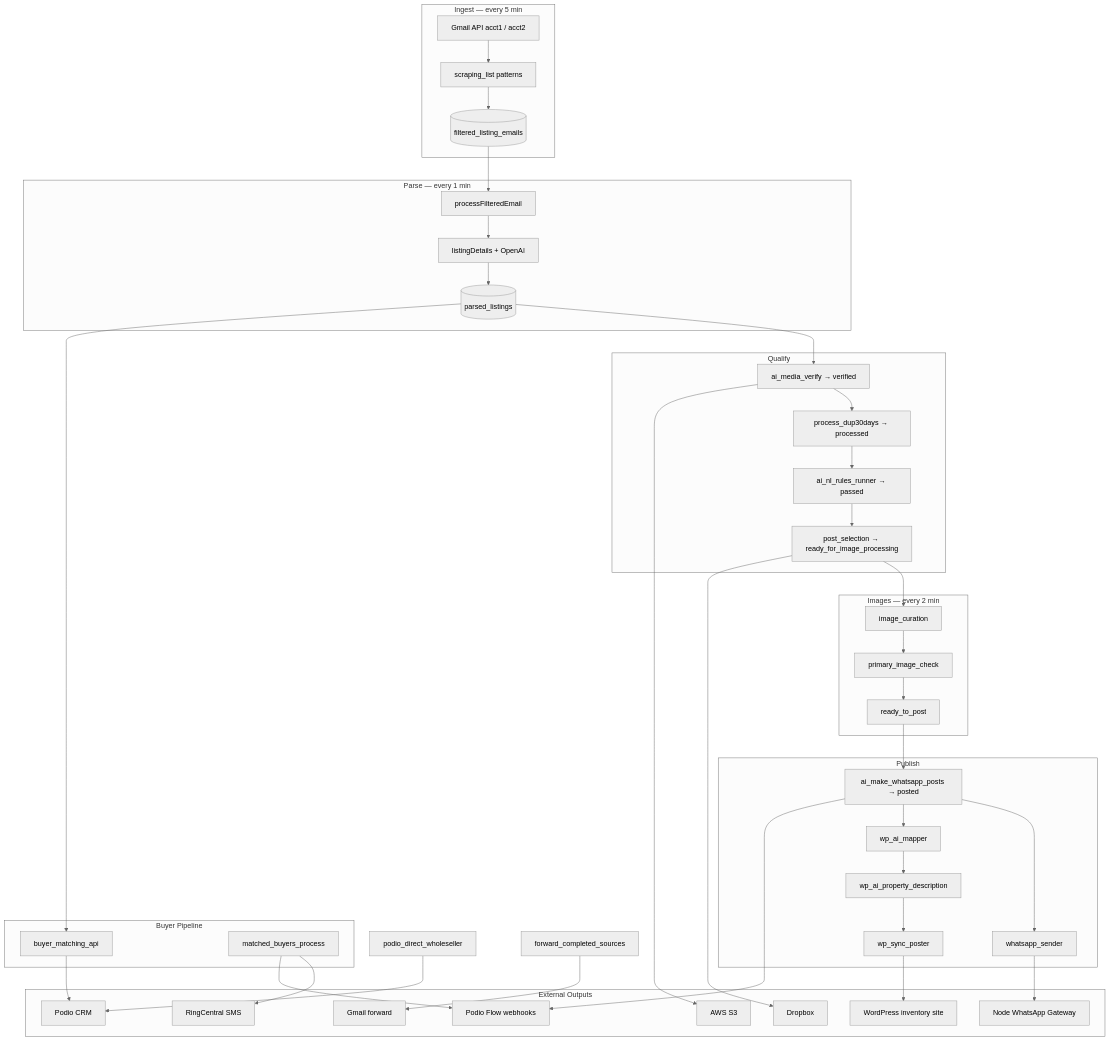
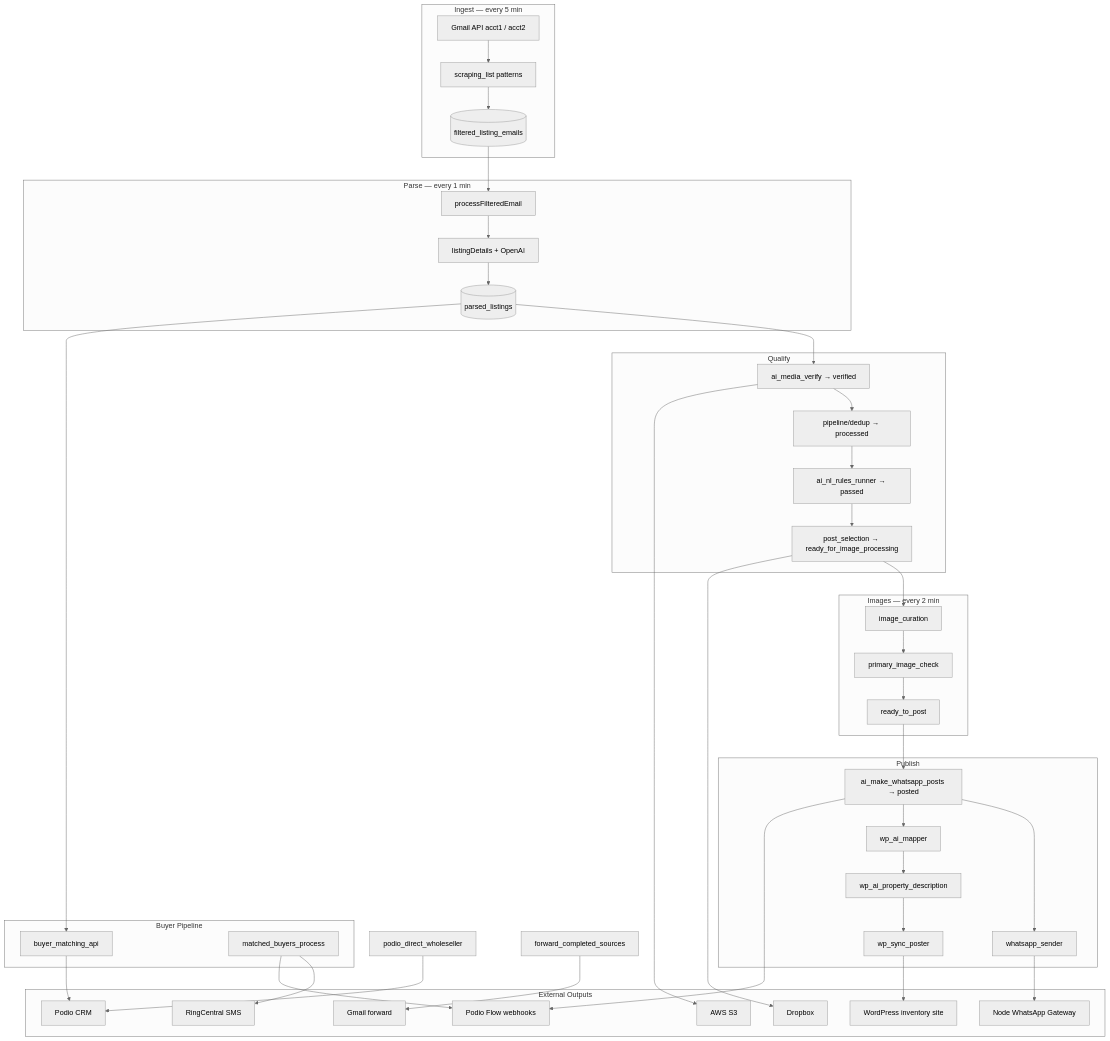
One commit to GHGH2025/py_RichListings changed the diagram in docs/architecture.md. Above: the diagram before and after it, drawn with Mermaid (neutral theme). The commit also changed other lines of this file and 11 other files, not shown here.

````diff
--- a/docs/architecture.md
+++ b/docs/architecture.md
@@ -485,70 +501,70 @@
 ```mermaid
 flowchart TB
   subgraph ingest [Ingest — every 5 min]
     Gmail[Gmail API acct1 / acct2]
     SL[scraping_list patterns]
     FE[(filtered_listing_emails)]
     Gmail --> SL --> FE
   end
 
   subgraph parse [Parse — every 1 min]
     PF[processFilteredEmail]
     LD[listingDetails + OpenAI]
     PL[(parsed_listings)]
     FE --> PF --> LD --> PL
   end
 
   subgraph qualify [Qualify]
     MV[ai_media_verify → verified]
-    D30[process_dup30days → processed]
+    D30[pipeline/dedup → processed]
     RULES[ai_nl_rules_runner → passed]
     SEL[post_selection → ready_for_image_processing]
     PL --> MV --> D30 --> RULES --> SEL
   end
 
   subgraph images [Images — every 2 min]
     IC[image_curation]
     PI[primary_image_check]
     RTP[ready_to_post]
     SEL --> IC --> PI --> RTP
   end
 
   subgraph publish [Publish]
     WA_AI[ai_make_whatsapp_posts → posted]
     WA_Q[whatsapp_sender]
     WP_MAP[wp_ai_mapper]
     WP_DESC[wp_ai_property_description]
     WP_SYNC[wp_sync_poster]
     RTP --> WA_AI --> WA_Q
     WA_AI --> WP_MAP --> WP_DESC --> WP_SYNC
   end
 
   subgraph external [External Outputs]
     NodeGW[Node WhatsApp Gateway]
     WP[WordPress inventory site]
     Podio[Podio CRM]
     S3[AWS S3]
     DBX[Dropbox]
     RC[RingCentral SMS]
     WH[Podio Flow webhooks]
     FWD[Gmail forward]
   end
 
   WA_Q --> NodeGW
   WP_SYNC --> WP
   MV --> S3
   SEL --> DBX
   PODIO[podio_direct_wholeseller] --> Podio
   FWD_JOB[forward_completed_sources] --> FWD
   WA_AI --> WH
 
   subgraph buyers [Buyer Pipeline]
     BM[buyer_matching_api]
     BS[matched_buyers_process]
     BM --> Podio
     BS --> RC
     BS --> WH
   end
 
   PL --> BM
 ```
````
